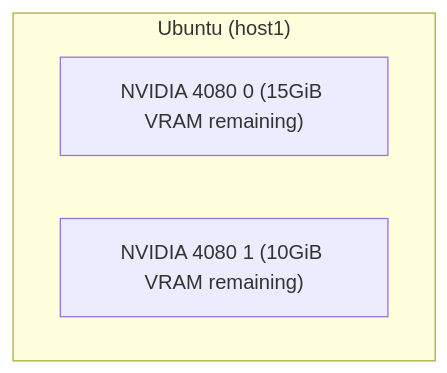
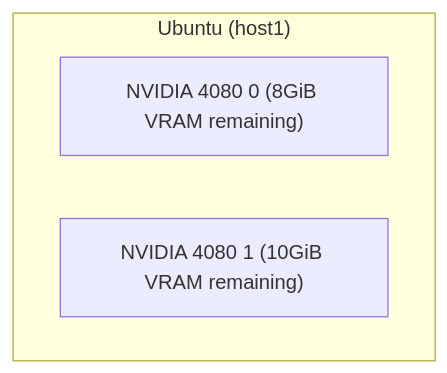
The second of 4 diagrams in README.md (gpustack/gguf-parser-go), drawn with Mermaid before and after one commit. The commit also changed other lines of this file and 2 other files, not shown here.

````diff
--- a/README.md
+++ b/README.md
@@ -501,7 +501,7 @@
 ```mermaid
 flowchart TD
     subgraph host1["Ubuntu (host1)"]
-        gpu30["NVIDIA 4080 0 (15GiB VRAM remaining)"]
+        gpu30["NVIDIA 4080 0 (8GiB VRAM remaining)"]
         gpu31["NVIDIA 4080 1 (10GiB VRAM remaining)"]
     end
 ```
````
